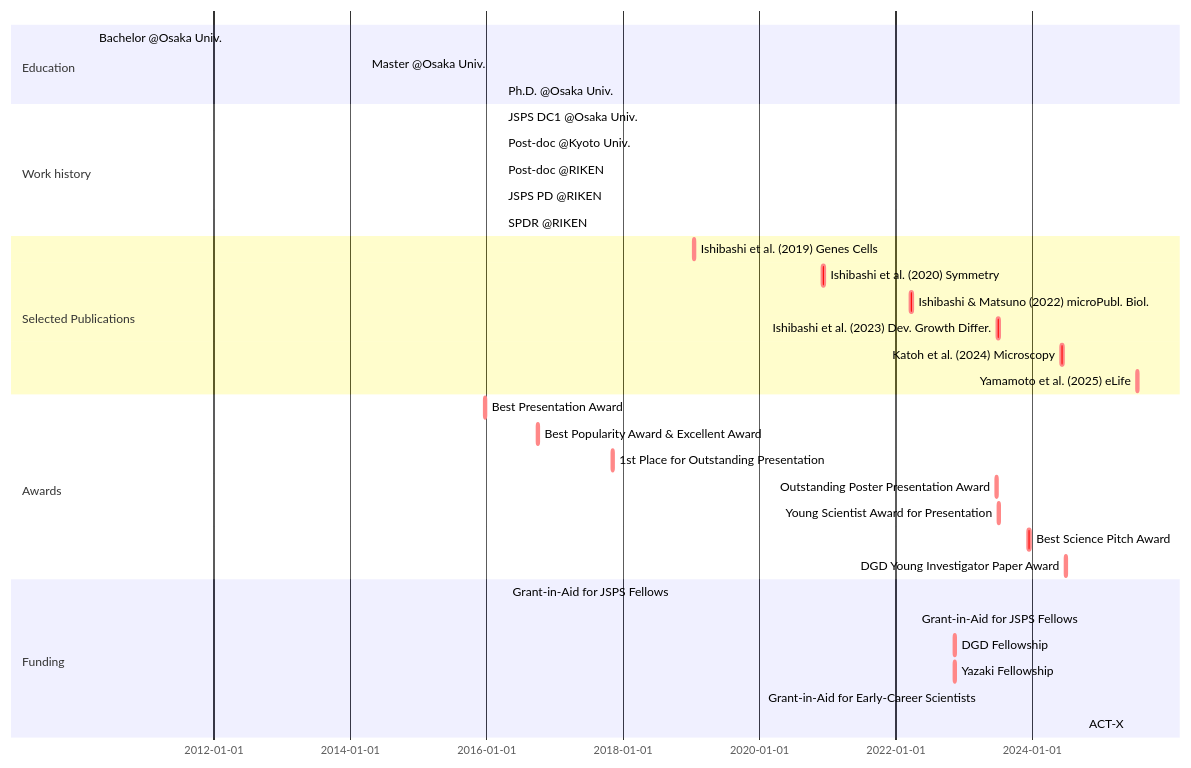
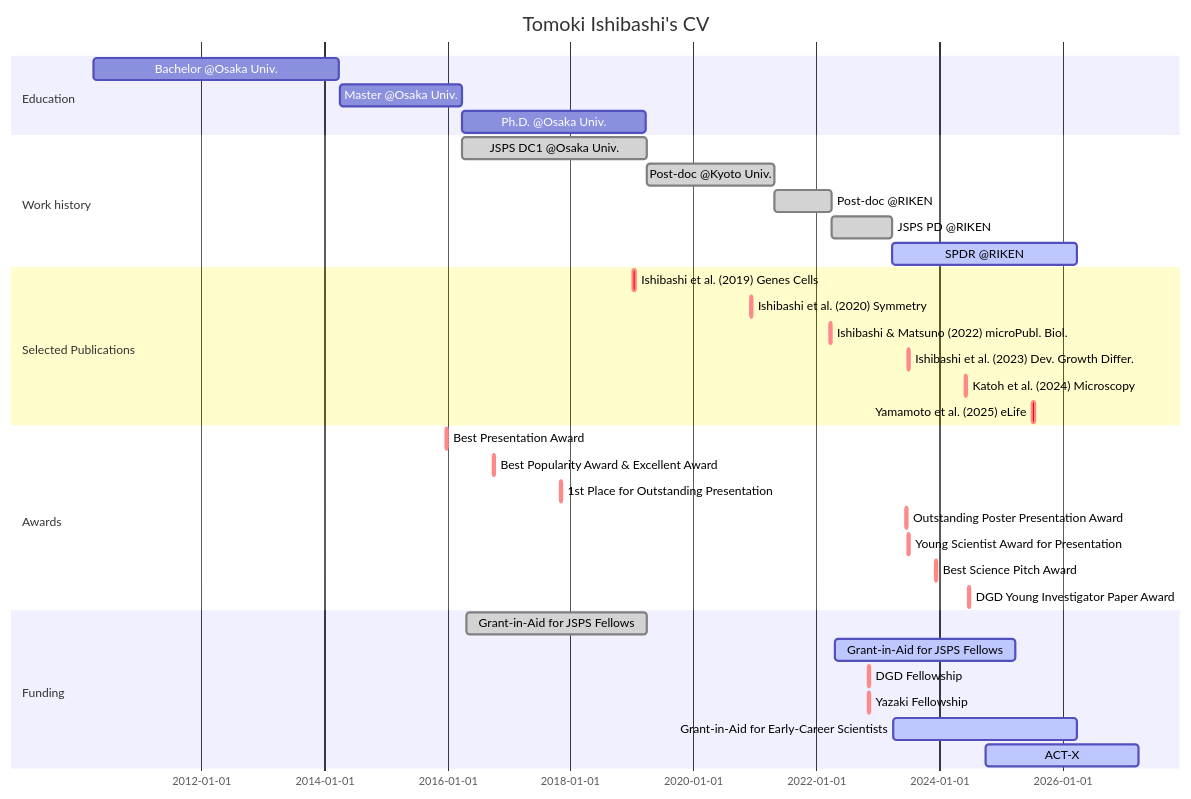
Before and after one commit to ishibaki/ishibaki.github.io: the diagram in _pages/mermaid.md, drawn with Mermaid.

````diff
--- a/_pages/mermaid.md
+++ b/_pages/mermaid.md
@@ -10,35 +10,37 @@
 ```mermaid
 gantt
+title Tomoki Ishibashi's CV
+dateFormat  YYYY-MM-DD
 section Education
   Bachelor @Osaka Univ. : BS, 2010-04-01, 2014-03-25
   Master @Osaka Univ.   : MS, 2014-04-01, 2016-03-28
   Ph.D. @Osaka Univ.    : Ph.D., 2016-04-01, 2019-03-25
 section Work history
   JSPS DC1 @Osaka Univ.     : done, DC1, 2016-04-01, 2019-03-31
   Post-doc @Kyoto Univ.     : done, KU-postdoc, after DC1, 2021-04-30
   Post-doc @RIKEN           : done, RIKEN-postdoc, after KU-postdoc, 2022-03-31
   JSPS PD @RIKEN            : done, PD, after RIKEN-postdoc, 2023-03-31
   SPDR @RIKEN               : active, SPDR, after PD, 2026-03-31
 section Selected Publications
   Ishibashi et al. (2019) Genes Cells         : crit, ishibashi2019, 2019-01-09, 2w
   Ishibashi et al. (2020) Symmetry            : crit, ishibashi2020b, 2020-12-02, 2w
   Ishibashi & Matsuno (2022) microPubl. Biol. : crit, ishibashi2022, 2022-03-18, 2w
   Ishibashi et al. (2023) Dev. Growth Differ. : crit, ishibashi2023, 2023-06-25, 2w
   Katoh et al. (2024) Microscopy              : crit, katoh2024, 2024-06-01, 2w
   Yamamoto et al. (2025) eLife                : crit, yamamoto2025, 2025-07-08, 2w
 section Awards
   Best Presentation Award                  : crit, aw_1, 2015-12-20, 2w
   Best Popularity Award & Excellent Award  : crit, aw_2, 2016-09-25, 2w
   1st Place for Outstanding Presentation   : crit, aw_4, 2017-11-01, 2w
   Outstanding Poster Presentation Award    : crit, aw_5, 2023-06-15, 2w
   Young Scientist Award for Presentation   : crit, aw_6, 2023-06-29, 2w
   Best Science Pitch Award                 : crit, aw_7, 2023-12-08, 2w
   DGD Young Investigator Paper Award       : crit, aw_8, 2024-06-21, 2w
 section Funding
   Grant-in-Aid for JSPS Fellows             : done, grant_DC1, 2016-04-22, 2019-03-31
   Grant-in-Aid for JSPS Fellows             : active, grant_PD, 2022-04-22, 2025-03-31
   DGD Fellowship                            : crit, dgd_fellowship, 2022-11-04, 2w
   Yazaki Fellowship                         : crit, yazaki_fellowship, 2022-11-04, 2w
   Grant-in-Aid for Early-Career Scientists  : active, grant_ecs2023, 2023-04-01, 2026-03-31
   ACT-X                                     : active, ACT-X2024, 2024-10-01, 2027-03-31
 ```
````
